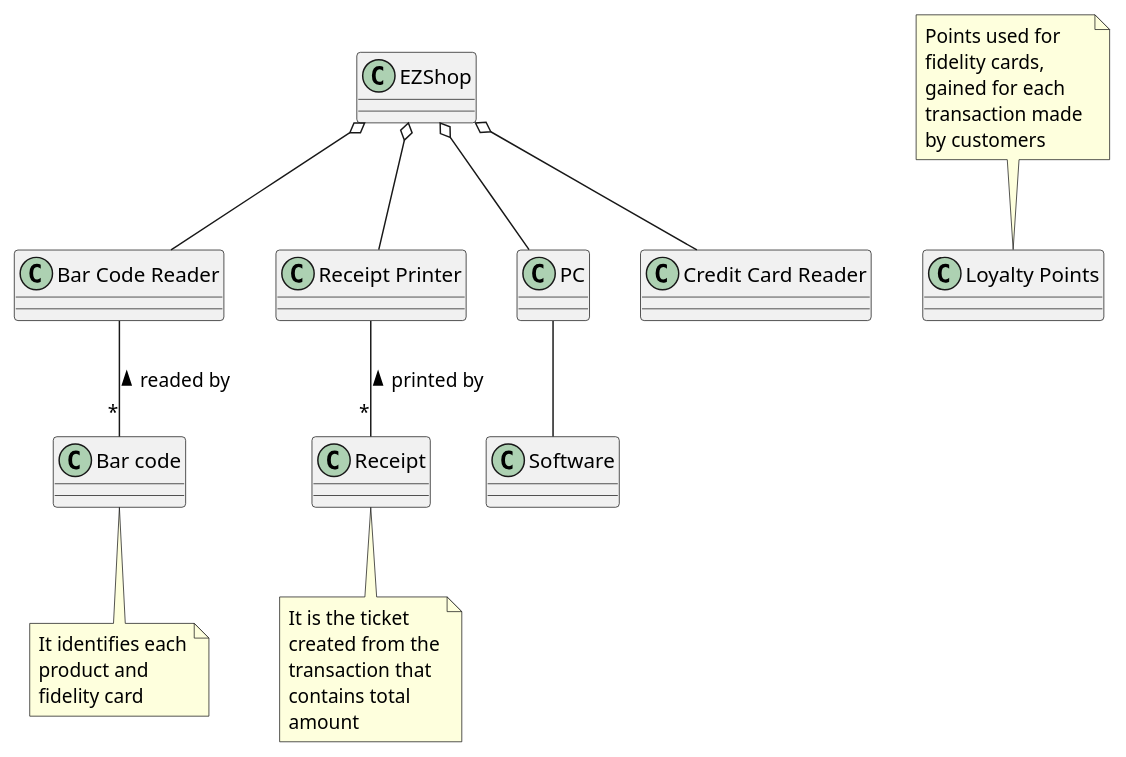
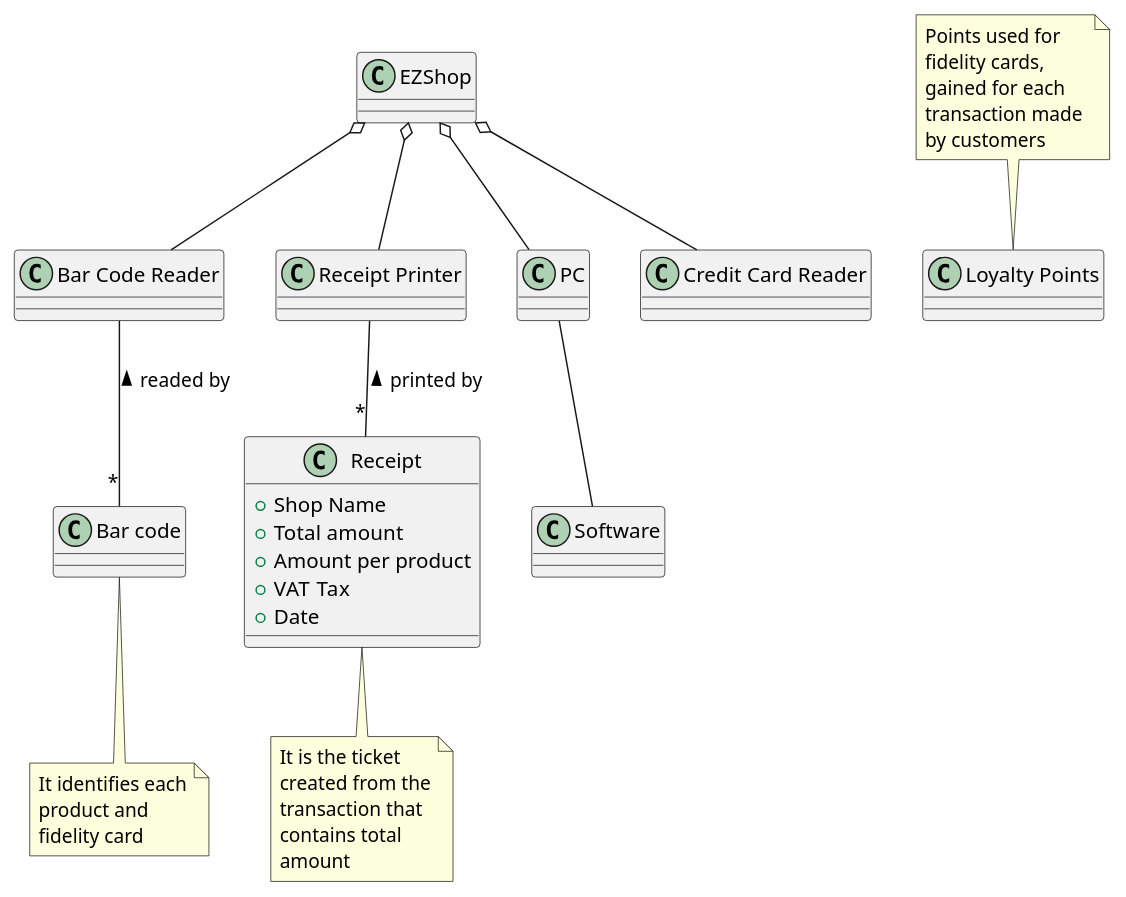
One commit to GrayNeel/SoftEngProject-EZShop changed the third of 4 diagrams in Deliverables/RequirementsDocument.md. Above: the diagram before and after it, drawn with PlantUML.

Commit message:
fix(Requirements): Fixed System design

````diff
--- a/Deliverables/RequirementsDocument.md
+++ b/Deliverables/RequirementsDocument.md
@@ -452,36 +452,42 @@
 ```plantuml
 @startuml
 class PC
 class "Credit Card Reader" as ccr
 class "Bar Code Reader" as bcr
 class "EZShop" as ez
 class "Software" as s
 class "Receipt Printer" as rp
 
 ez o-- PC
 ez o-- ccr
 ez o-- bcr
 ez o-- rp
 s -up- PC
 
 /' Glossary '/
-class "Receipt" as r
+class "Receipt" as r {
+	+Shop Name
+	+Total amount
+	+Amount per product
+	+VAT Tax
+	+Date
+}
 class "Loyalty Points" as lp
 class "Bar code" as bc
 
 r "*" -up- rp : printed by >
 bc "*" -up- bcr : readed by >
 
 note "It is the ticket\ncreated from the\ntransaction that \ncontains total\namount" as N1
 note "It identifies each\nproduct and \nfidelity card" as N2
 
 N1 -up- r
 N2 -up- bc
 
 note "Points used for \nfidelity cards, \ngained for each \ntransaction made \nby customers" as N3
 
 /'Check if lp go with EZShop'/
 N3 -- lp
 
 @enduml
 ```
````
